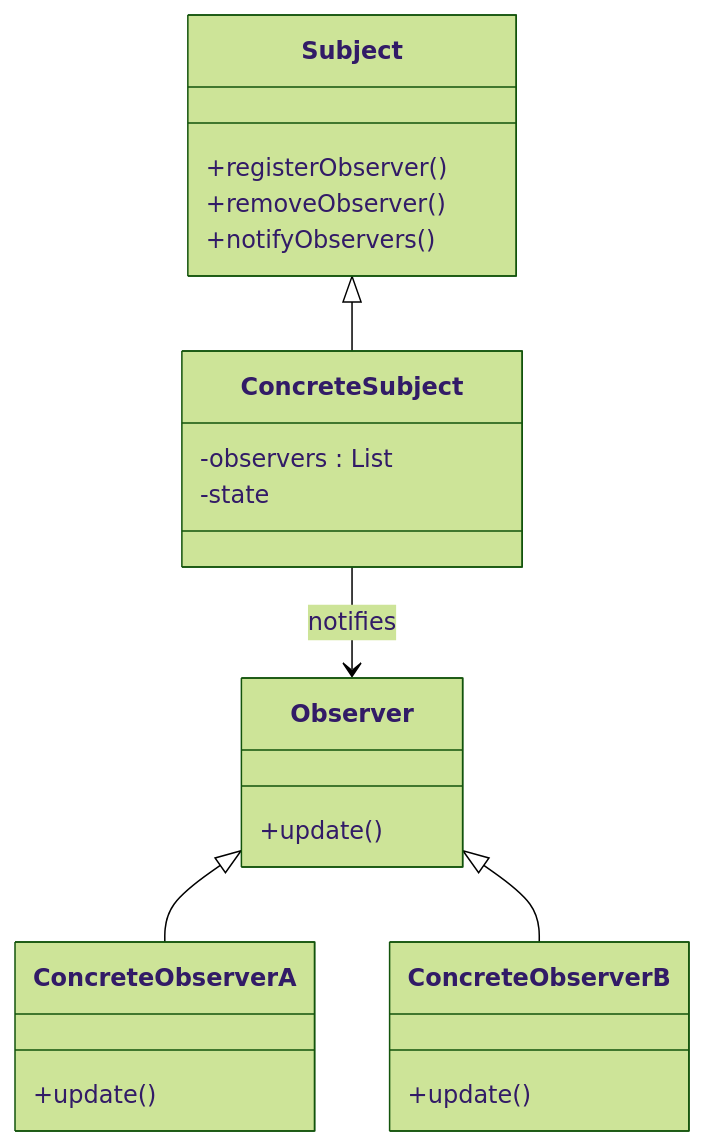
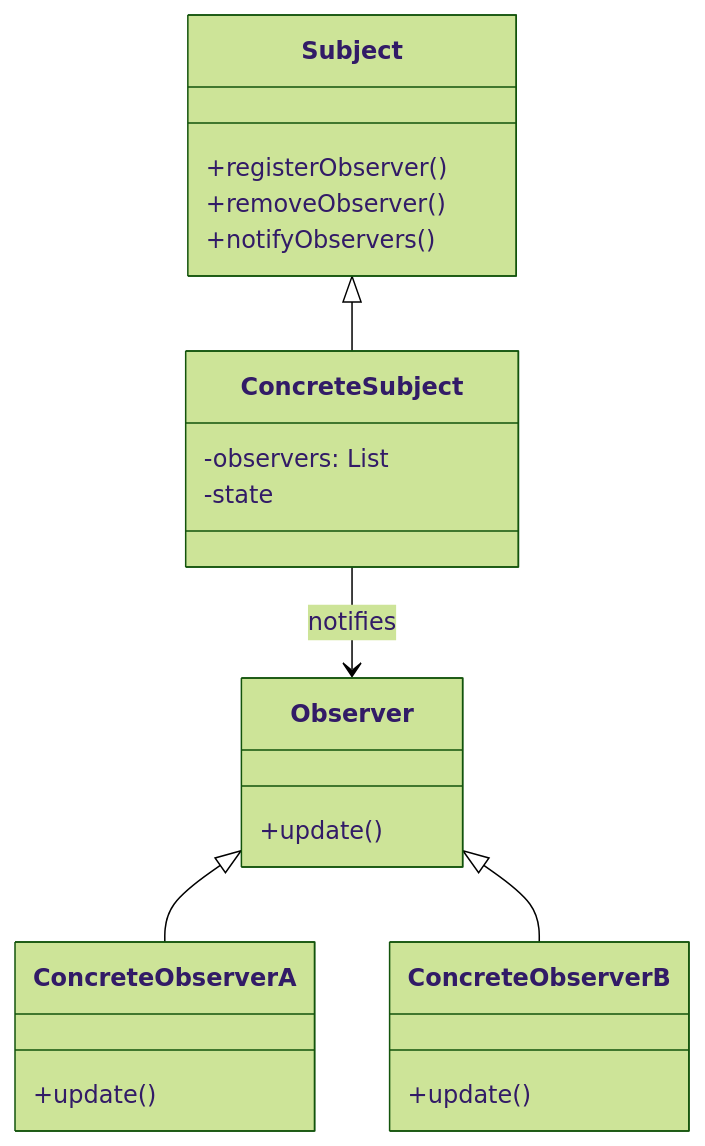
The first of 2 diagrams in spring-7-rest-mvc/README.md (JuhMaran/spring-boot-4-spring-framewor-7), drawn with Mermaid (forest theme) before and after one commit. The commit also changed other lines of this file and 13 other files, not shown here.

````diff
--- a/spring-7-rest-mvc/README.md
+++ b/spring-7-rest-mvc/README.md
@@ -403,31 +407,30 @@
 ```mermaid
 classDiagram
     class Subject {
         +registerObserver()
         +removeObserver()
         +notifyObservers()
     }
 
     class Observer {
         +update()
     }
 
     class ConcreteSubject {
-        -observers : List
+        -observers: List
         -state
     }
 
     class ConcreteObserverA {
         +update()
     }
 
     class ConcreteObserverB {
         +update()
     }
 
     Subject <|-- ConcreteSubject
     Observer <|-- ConcreteObserverA
     Observer <|-- ConcreteObserverB
-
-    ConcreteSubject --> Observer : notifies
+    ConcreteSubject --> Observer: notifies
 ```
````
